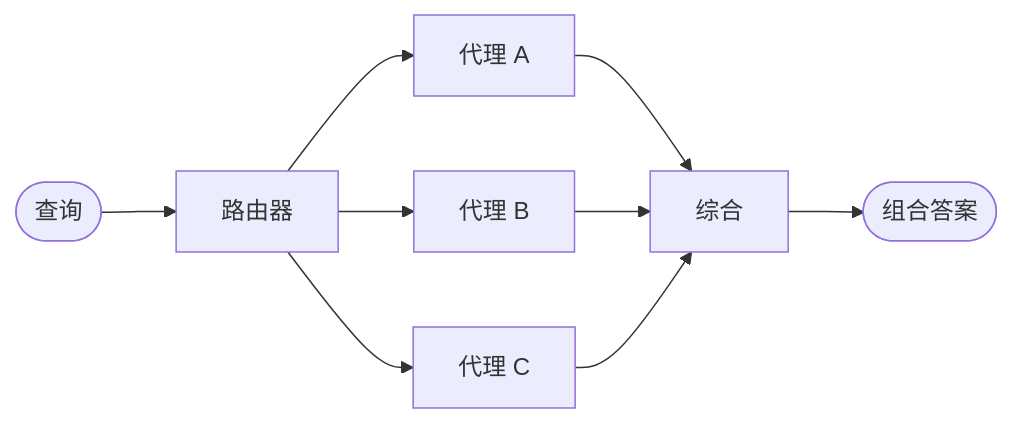
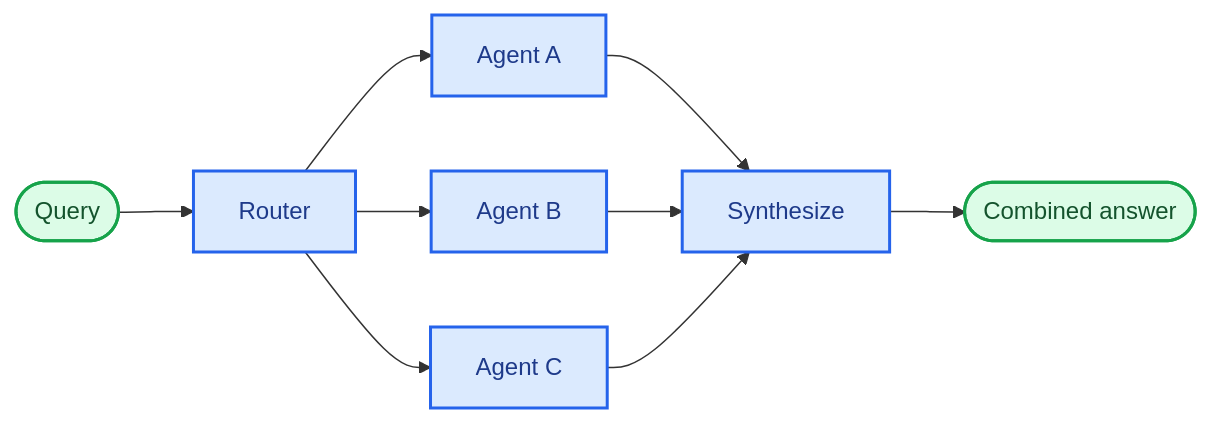
Before and after one commit to kunfan96/cndocs-langchain: the diagram in oss/javascript/langchain/multi-agent/router.mdx, drawn with Mermaid. The commit also changed other lines of this file and 2611 other files, not shown here.

````diff
--- a/oss/javascript/langchain/multi-agent/router.mdx
+++ b/oss/javascript/langchain/multi-agent/router.mdx
@@ -7,11 +7,17 @@
 ```mermaid
 graph LR
-    A([查询]) --> B[路由器]
-    B --> C[代理 A]
-    B --> D[代理 B]
-    B --> E[代理 C]
-    C --> F[综合]
+    A([Query]) --> B[Router]
+    B --> C[Agent A]
+    B --> D[Agent B]
+    B --> E[Agent C]
+    C --> F[Synthesize]
     D --> F
     E --> F
-    F --> G([组合答案])
+    F --> G([Combined answer])
+
+    classDef trigger fill:#DCFCE7,stroke:#16A34A,stroke-width:2px,color:#14532D
+    classDef process fill:#DBEAFE,stroke:#2563EB,stroke-width:2px,color:#1E3A8A
+
+    class A,G trigger
+    class B,C,D,E,F process
 ```
````
